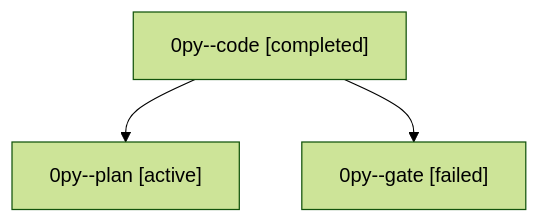
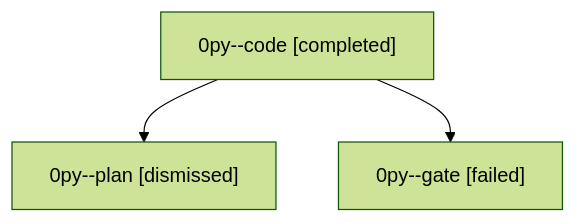
Before and after one commit to sase-org/sase--agents: the diagram in sessions/bbugyi200.athena.0py.md, drawn with Mermaid (forest theme). The commit also changed other lines of this file and 28 other files, not shown here.

````diff
--- a/sessions/bbugyi200.athena.0py.md
+++ b/sessions/bbugyi200.athena.0py.md
@@ -9,8 +9,8 @@
 ```mermaid
 flowchart TD
   n0["0py--code [completed]"]
-  n1["0py--plan [active]"]
+  n1["0py--plan [dismissed]"]
   n0 --> n1
   n2["0py--gate [failed]"]
   n0 --> n2
 ```
````
